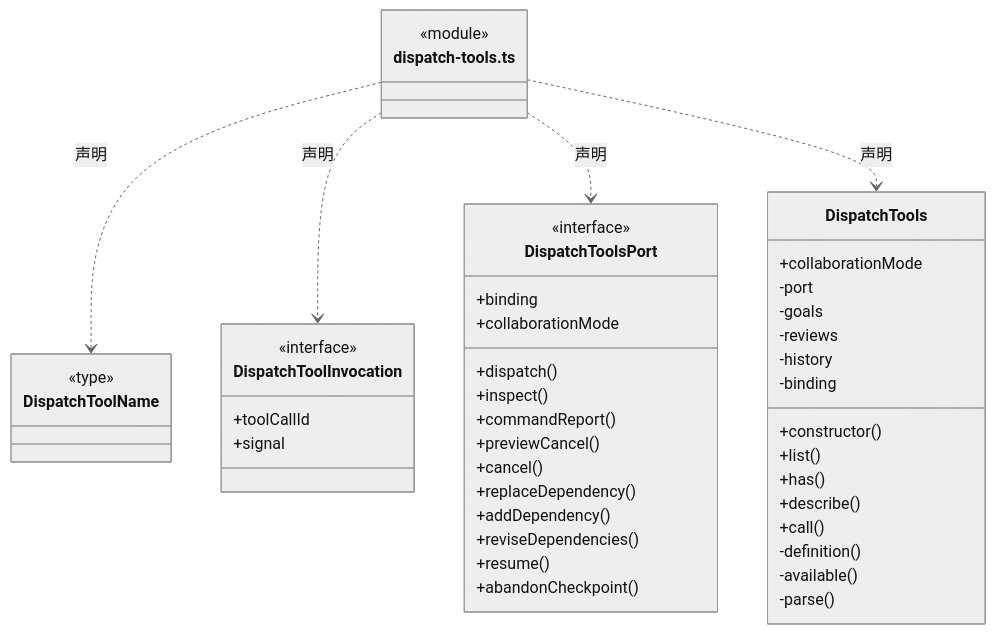
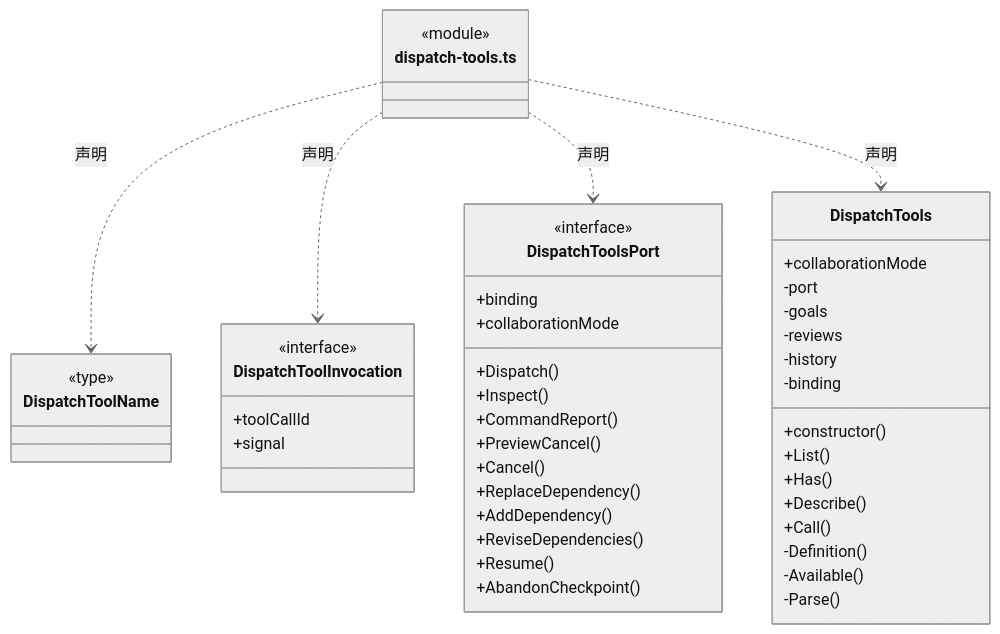
The sixth of 24 diagrams in src/logic/tools/runtime/ARCHITECTURE.md (nan023062/cbim), drawn with Mermaid (neutral theme) before and after one commit. The commit also changed other lines of this file and 1035 other files, not shown here.

````diff
--- a/src/logic/tools/runtime/ARCHITECTURE.md
+++ b/src/logic/tools/runtime/ARCHITECTURE.md
@@ -122,50 +122,50 @@
 ```mermaid
 classDiagram
 class N_src_logic_tools_runtime_dispatch_tools_ts["dispatch-tools.ts"] {
   <<module>>
 }
 class N_src_logic_tools_runtime_dispatch_tools_ts_DispatchToolName["DispatchToolName"] {
   <<type>>
 
 }
 N_src_logic_tools_runtime_dispatch_tools_ts ..> N_src_logic_tools_runtime_dispatch_tools_ts_DispatchToolName : 声明
 class N_src_logic_tools_runtime_dispatch_tools_ts_DispatchToolInvocation["DispatchToolInvocation"] {
   <<interface>>
   +toolCallId
   +signal
 }
 N_src_logic_tools_runtime_dispatch_tools_ts ..> N_src_logic_tools_runtime_dispatch_tools_ts_DispatchToolInvocation : 声明
 class N_src_logic_tools_runtime_dispatch_tools_ts_DispatchToolsPort["DispatchToolsPort"] {
   <<interface>>
   +binding
   +collaborationMode
-  +dispatch()
-  +inspect()
-  +commandReport()
-  +previewCancel()
-  +cancel()
-  +replaceDependency()
-  +addDependency()
-  +reviseDependencies()
-  +resume()
-  +abandonCheckpoint()
+  +Dispatch()
+  +Inspect()
+  +CommandReport()
+  +PreviewCancel()
+  +Cancel()
+  +ReplaceDependency()
+  +AddDependency()
+  +ReviseDependencies()
+  +Resume()
+  +AbandonCheckpoint()
 }
 N_src_logic_tools_runtime_dispatch_tools_ts ..> N_src_logic_tools_runtime_dispatch_tools_ts_DispatchToolsPort : 声明
 class N_src_logic_tools_runtime_dispatch_tools_ts_DispatchTools["DispatchTools"] {
   +constructor()
   +collaborationMode
-  +list()
-  +has()
-  +describe()
-  +call()
+  +List()
+  +Has()
+  +Describe()
+  +Call()
   -port
   -goals
   -reviews
   -history
   -binding
-  -definition()
-  -available()
-  -parse()
+  -Definition()
+  -Available()
+  -Parse()
 }
 N_src_logic_tools_runtime_dispatch_tools_ts ..> N_src_logic_tools_runtime_dispatch_tools_ts_DispatchTools : 声明
 ```
````
